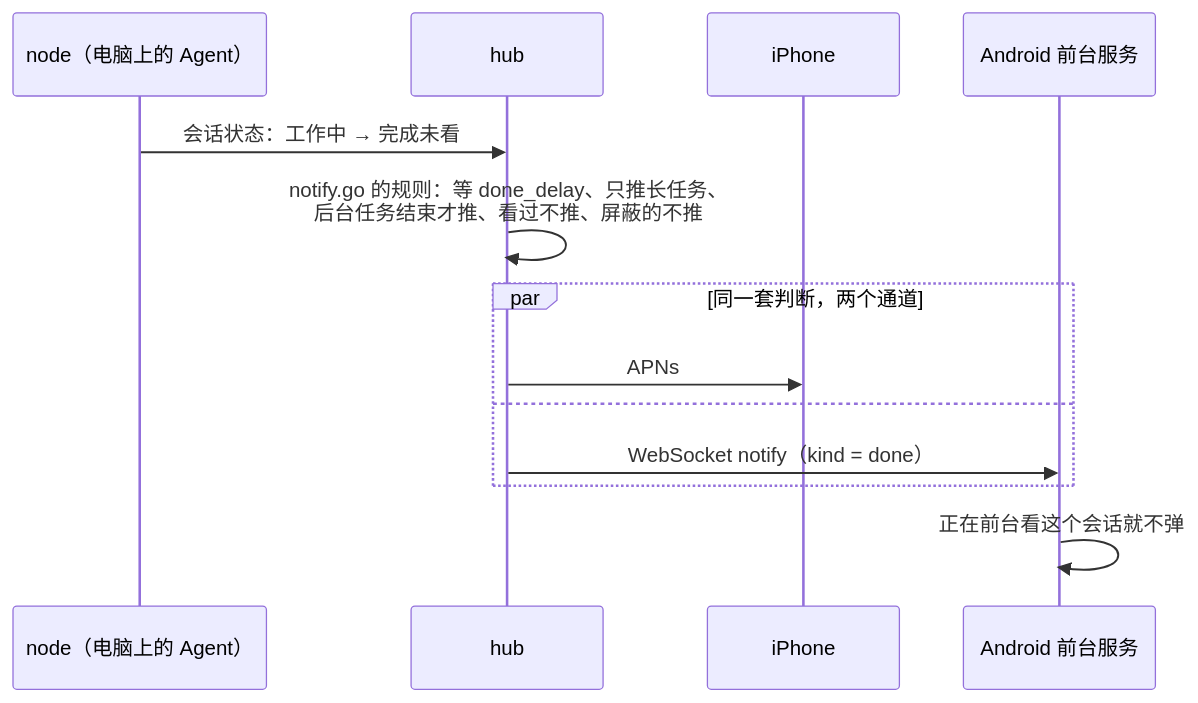
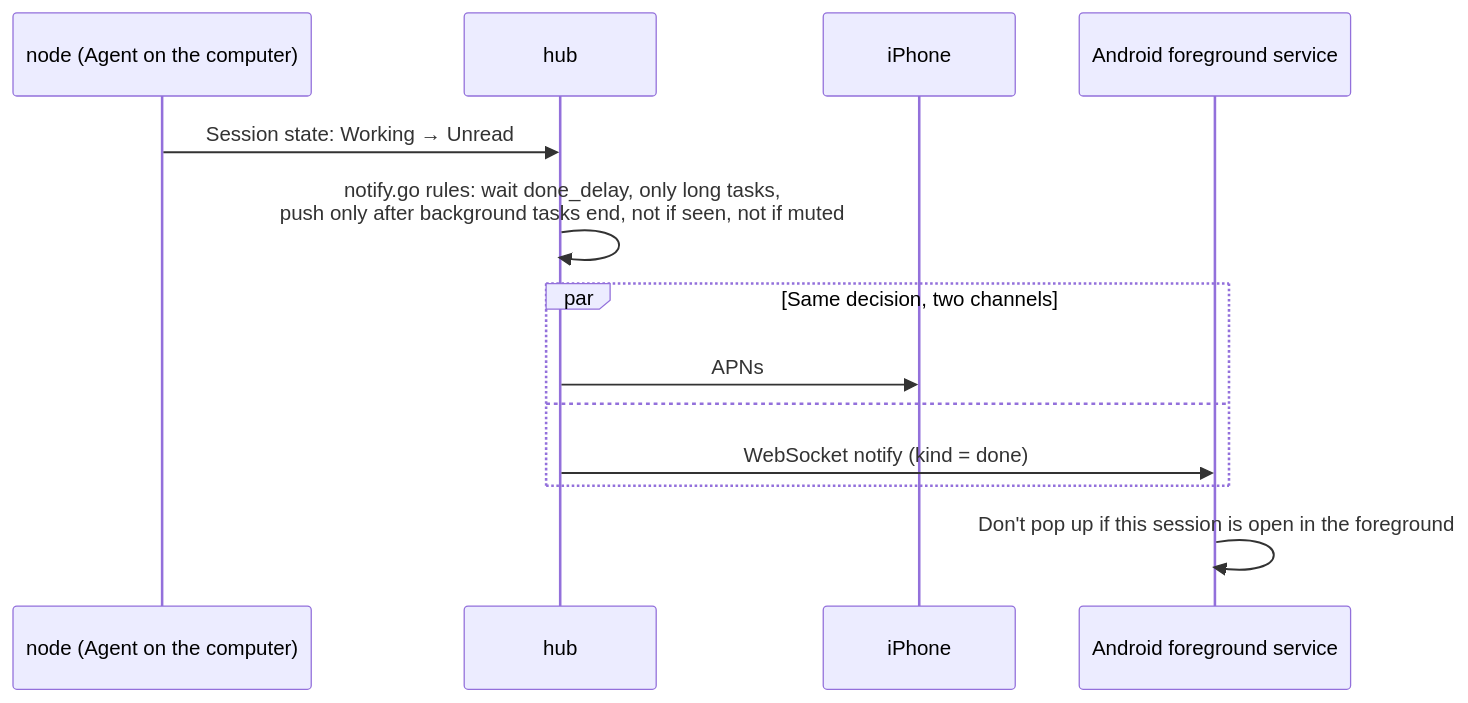
The ninth of 15 diagrams in docs/redesign/flows.md (413180794/persona), drawn with Mermaid before and after one commit. The commit also changed other lines of this file and 6 other files, not shown here.

````diff
--- a/docs/redesign/flows.md
+++ b/docs/redesign/flows.md
@@ -231,15 +231,15 @@
 ```mermaid
 sequenceDiagram
-  participant N as node（电脑上的 Agent）
+  participant N as node (Agent on the computer)
   participant H as hub
   participant I as iPhone
-  participant S as Android 前台服务
-  N->>H: 会话状态：工作中 → 完成未看
-  H->>H: notify.go 的规则：等 done_delay、只推长任务、<br/>后台任务结束才推、看过不推、屏蔽的不推
-  par 同一套判断，两个通道
+  participant S as Android foreground service
+  N->>H: Session state: Working → Unread
+  H->>H: notify.go rules: wait done_delay, only long tasks,<br/>push only after background tasks end, not if seen, not if muted
+  par Same decision, two channels
     H->>I: APNs
   and
-    H->>S: WebSocket notify（kind = done）
+    H->>S: WebSocket notify (kind = done)
   end
-  S->>S: 正在前台看这个会话就不弹
+  S->>S: Don't pop up if this session is open in the foreground
 ```
````
